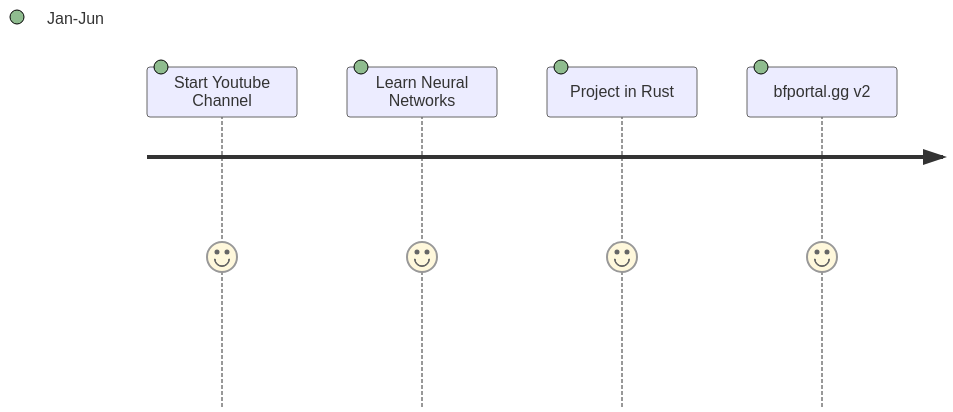
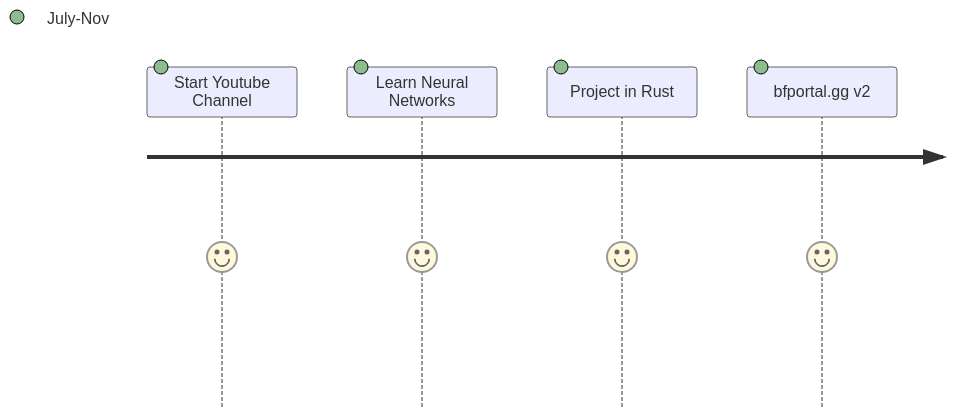
One commit to p0lygun/p0lygun changed the second of 2 diagrams in README.md. Above: the diagram before and after it, drawn with Mermaid. The commit also changed other lines of this file, not shown here.

````diff
--- a/README.md
+++ b/README.md
@@ -45,7 +42,7 @@
 ```mermaid
 journey
-    Start Youtube Channel:5:Jan-Jun
-    Learn Neural Networks: 5:Jan-Jun
-    Project in Rust:5:Jan-Jun
-    bfportal.gg v2:5:Jan-Jun  
+    Start Youtube Channel:5:July-Nov
+    Learn Neural Networks: 5:July-Nov
+    Project in Rust:5:July-Nov
+    bfportal.gg v2:5:July-Nov
 ```
````
